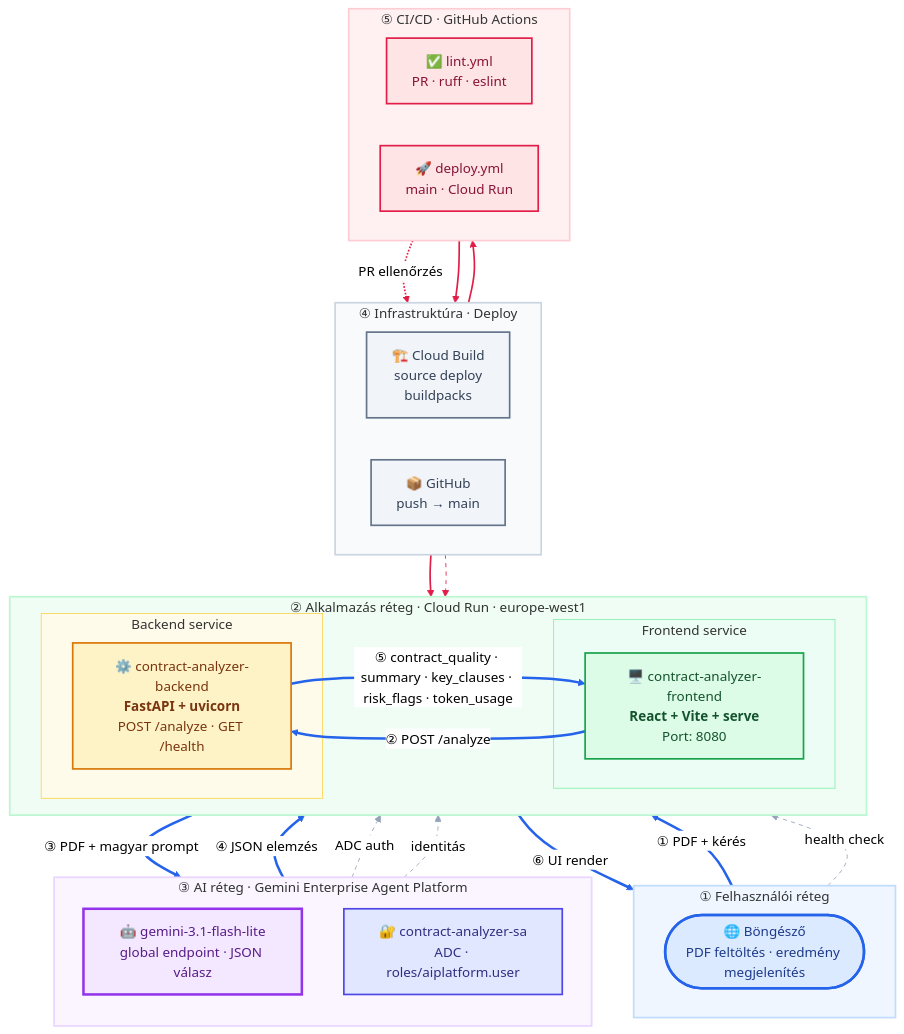
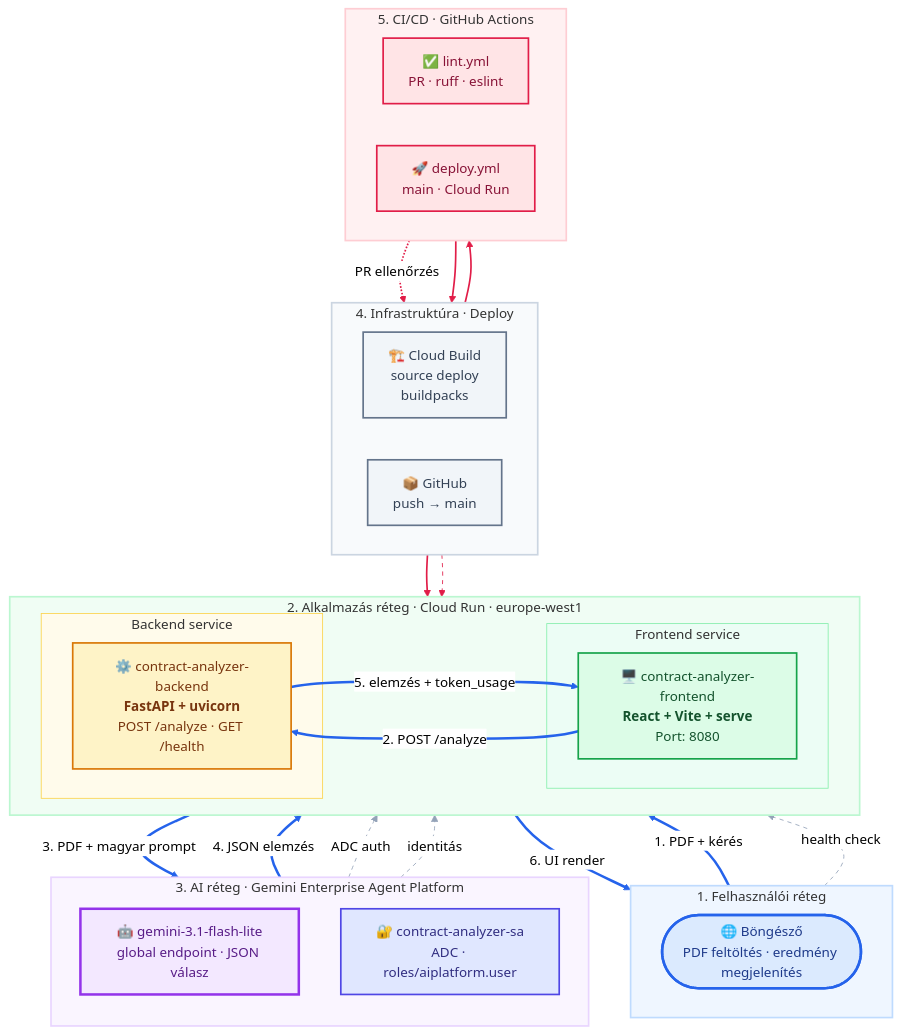
One commit to cloudsteak/trn-gcp-ai-contract-analyzer changed the second of 3 diagrams in README.md. Above: the diagram before and after it, drawn with Mermaid (neutral theme). The commit also changed other lines of this file and 5 other files, not shown here.

First line of the commit message:
Enhance README with high-level and detailed architecture diagrams for the contract analysis application, illustrating user interactions and system components. (#2)

````diff
--- a/README.md
+++ b/README.md
@@ -9,11 +45,11 @@
 ```mermaid
 flowchart TB
-    subgraph L1["① Felhasználói réteg"]
+    subgraph L1["1. Felhasználói réteg"]
         direction LR
         Browser(["🌐 Böngésző<br/>PDF feltöltés · eredmény megjelenítés"])
     end
 
-    subgraph L2["② Alkalmazás réteg · Cloud Run · europe-west1"]
+    subgraph L2["2. Alkalmazás réteg · Cloud Run · europe-west1"]
         direction LR
         subgraph CR_FE["Frontend service"]
             FE["🖥️ contract-analyzer-frontend<br/><b>React + Vite + serve</b><br/>Port: 8080"]
@@ -23,31 +59,31 @@
         end
     end
 
-    subgraph L3["③ AI réteg · Gemini Enterprise Agent Platform"]
+    subgraph L3["3. AI réteg · Gemini Enterprise Agent Platform"]
         direction TB
         GEAP["🤖 gemini-3.1-flash-lite<br/>global endpoint · JSON válasz"]
         SA["🔐 contract-analyzer-sa<br/>ADC · roles/aiplatform.user"]
     end
 
-    subgraph L4["④ Infrastruktúra · Deploy"]
+    subgraph L4["4. Infrastruktúra · Deploy"]
         direction LR
         CB["🏗️ Cloud Build<br/>source deploy<br/>buildpacks"]
         GH["📦 GitHub<br/>push → main"]
     end
 
-    subgraph L5["⑤ CI/CD · GitHub Actions"]
+    subgraph L5["5. CI/CD · GitHub Actions"]
         direction LR
         Lint["✅ lint.yml<br/>PR · ruff · eslint"]
         Deploy["🚀 deploy.yml<br/>main · Cloud Run"]
     end
 
     %% Fő adatfolyam – elemzés
-    Browser ==>|"① PDF + kérés"| FE
-    FE ==>|"② POST /analyze"| BE
-    BE ==>|"③ PDF + magyar prompt"| GEAP
-    GEAP ==>|"④ JSON elemzés"| BE
-    BE ==>|"⑤ contract_quality · summary · key_clauses · risk_flags · token_usage"| FE
-    FE ==>|"⑥ UI render"| Browser
+    Browser ==>|"1. PDF + kérés"| FE
+    FE ==>|"2. POST /analyze"| BE
+    BE ==>|"3. PDF + magyar prompt"| GEAP
+    GEAP ==>|"4. JSON elemzés"| BE
+    BE ==>|"5. elemzés + token_usage"| FE
+    FE ==>|"6. UI render"| Browser
 
     %% Másodlagos kapcsolatok
     Browser -.->|"health check"| BE
````
